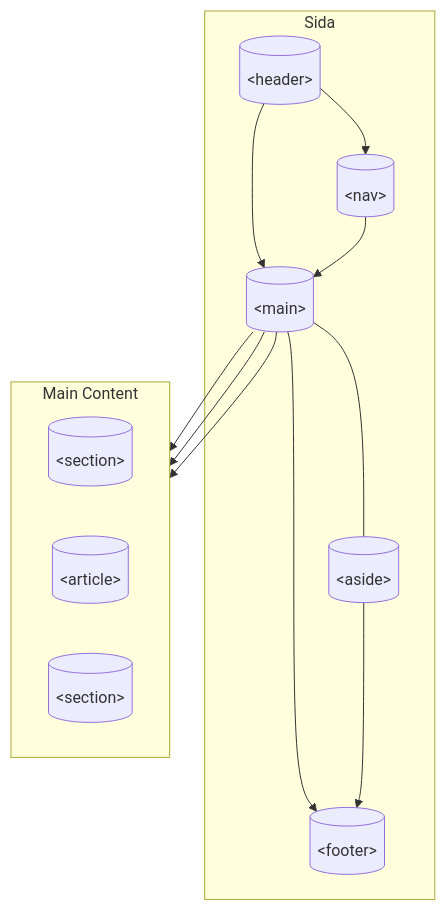
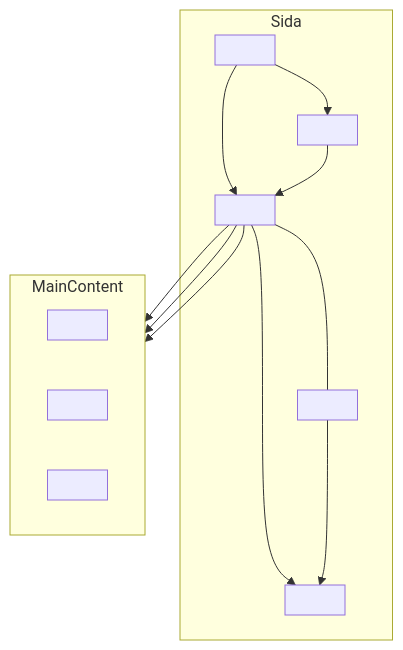
Before and after one commit to Glimakra-Webbutvecklare/kursbok: the diagram in src/kapitel_2/struktur-och-semantik.md, drawn with Mermaid. The commit also changed other lines of this file and 13 other files, not shown here.

````diff
--- a/src/kapitel_2/struktur-och-semantik.md
+++ b/src/kapitel_2/struktur-och-semantik.md
@@ -41,37 +44,28 @@
 ```mermaid
 graph TD
     subgraph Sida
-    Header[(&lt;header&gt;)]
-    Nav[(&lt;nav&gt;)]
-    Main[(&lt;main&gt;)]
-    Aside[(&lt;aside&gt;)]
-    Footer[(&lt;footer&gt;)]
+    Header[<header>]
+    Nav[<nav>]
+    Main[<main>]
+    Aside[<aside>]
+    Footer[<footer>]
 
     Header --> Nav
     Header --> Main
     Nav --> Main
     Main --- Aside
     Main --> Footer
     Aside --> Footer
     end
 
-    subgraph Main Content
+    subgraph MainContent
         direction LR
-        Section1[(&lt;section&gt;)]
-        Article1[(&lt;article&gt;)]
-        Section2[(&lt;section&gt;)]
+        Section1[<section>]
+        Article1[<article>]
+        Section2[<section>]
 
         Main --> Section1
         Main --> Article1
         Main --> Section2
     end
-
-    click Header "#header-elementet" "Läs mer om header"
-    click Nav "#nav-elementet" "Läs mer om nav"
-    click Main "#main-elementet" "Läs mer om main"
-    click Aside "#aside-elementet" "Läs mer om aside"
-    click Footer "#footer-elementet" "Läs mer om footer"
-    click Section1 "#section-elementet" "Läs mer om section"
-    click Article1 "#article-elementet" "Läs mer om article"
-    click Section2 "#section-elementet" "Läs mer om section"
 ```
````
